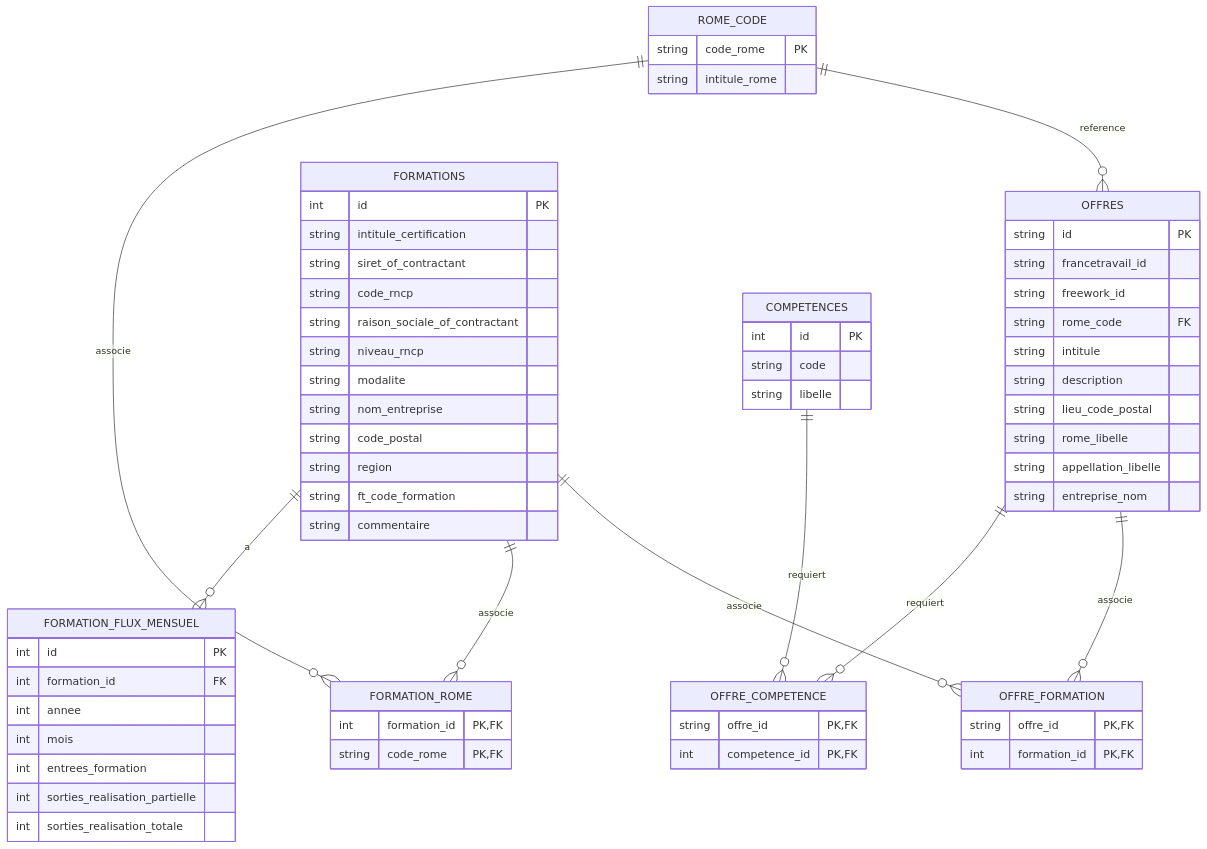
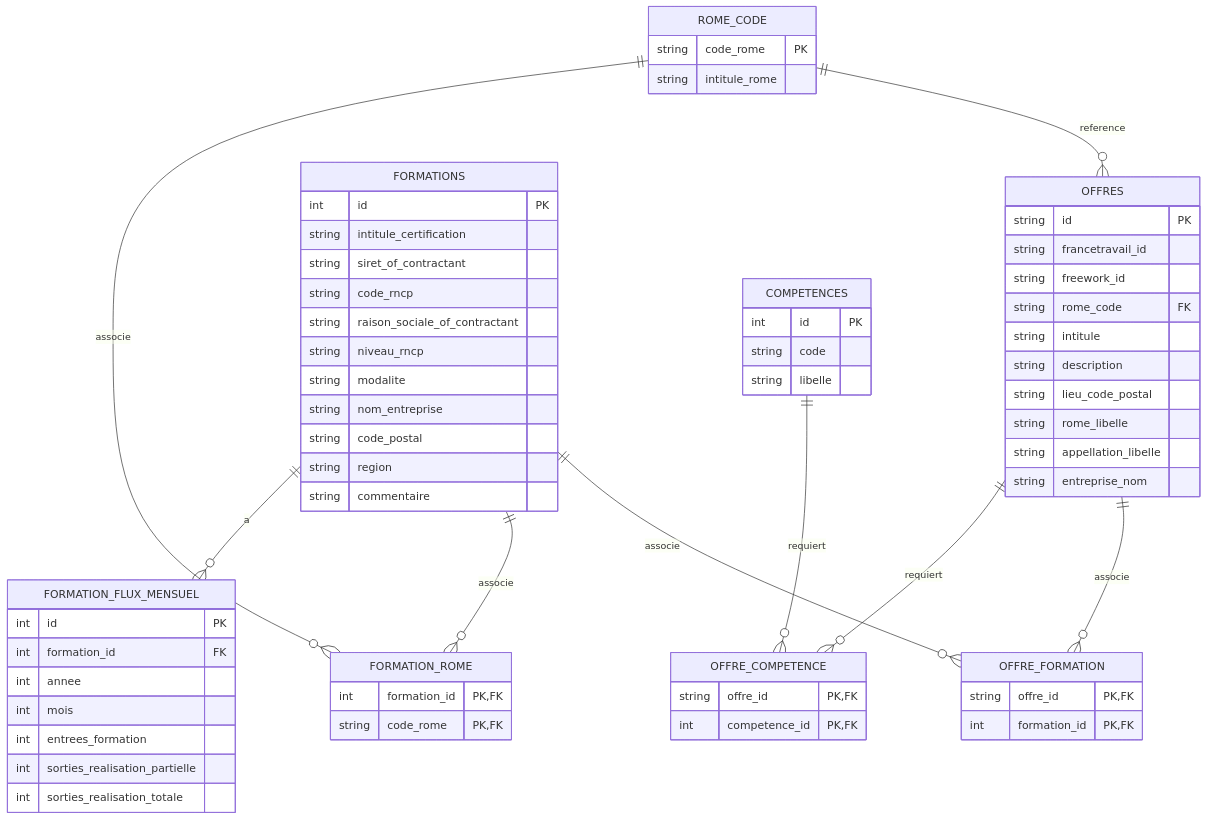
The diagram in README.md (cmoileboss/observia-emploi), drawn with Mermaid before and after one commit.

Commit message:
Modif readme pour nouveau schéma de bdd

````diff
--- a/README.md
+++ b/README.md
@@ -195,75 +195,74 @@
 ```mermaid
 erDiagram
 	OFFRES ||--o{ OFFRE_FORMATION : associe
 	FORMATIONS ||--o{ OFFRE_FORMATION : associe
 	OFFRES ||--o{ OFFRE_COMPETENCE : requiert
 	COMPETENCES ||--o{ OFFRE_COMPETENCE : requiert
 	ROME_CODE ||--o{ OFFRES : reference
 	ROME_CODE ||--o{ FORMATION_ROME : associe
 	FORMATIONS ||--o{ FORMATION_ROME : associe
 	FORMATIONS ||--o{ FORMATION_FLUX_MENSUEL : a
 
 	OFFRES {
 		string id PK
 		string francetravail_id
 		string freework_id
 		string rome_code FK
 		string intitule
 		string description
 		string lieu_code_postal
 		string rome_libelle
 		string appellation_libelle
 		string entreprise_nom
 	}
 
 	ROME_CODE {
 		string code_rome PK
 		string intitule_rome
 	}
 
 	FORMATIONS {
 		int id PK
 		string intitule_certification
 		string siret_of_contractant
 		string code_rncp
 		string raison_sociale_of_contractant
 		string niveau_rncp
 		string modalite
 		string nom_entreprise
 		string code_postal
 		string region
-		string ft_code_formation
 		string commentaire
 	}
 
 	COMPETENCES {
 		int id PK
 		string code
 		string libelle
 	}
 
 	OFFRE_FORMATION {
 		string offre_id PK, FK
 		int formation_id PK, FK
 	}
 
 	OFFRE_COMPETENCE {
 		string offre_id PK, FK
 		int competence_id PK, FK
 	}
 
 	FORMATION_ROME {
 		int formation_id PK, FK
 		string code_rome PK, FK
 	}
 
 	FORMATION_FLUX_MENSUEL {
 		int id PK
 		int formation_id FK
 		int annee
 		int mois
 		int entrees_formation
 		int sorties_realisation_partielle
 		int sorties_realisation_totale
 	}
 ```  
````
